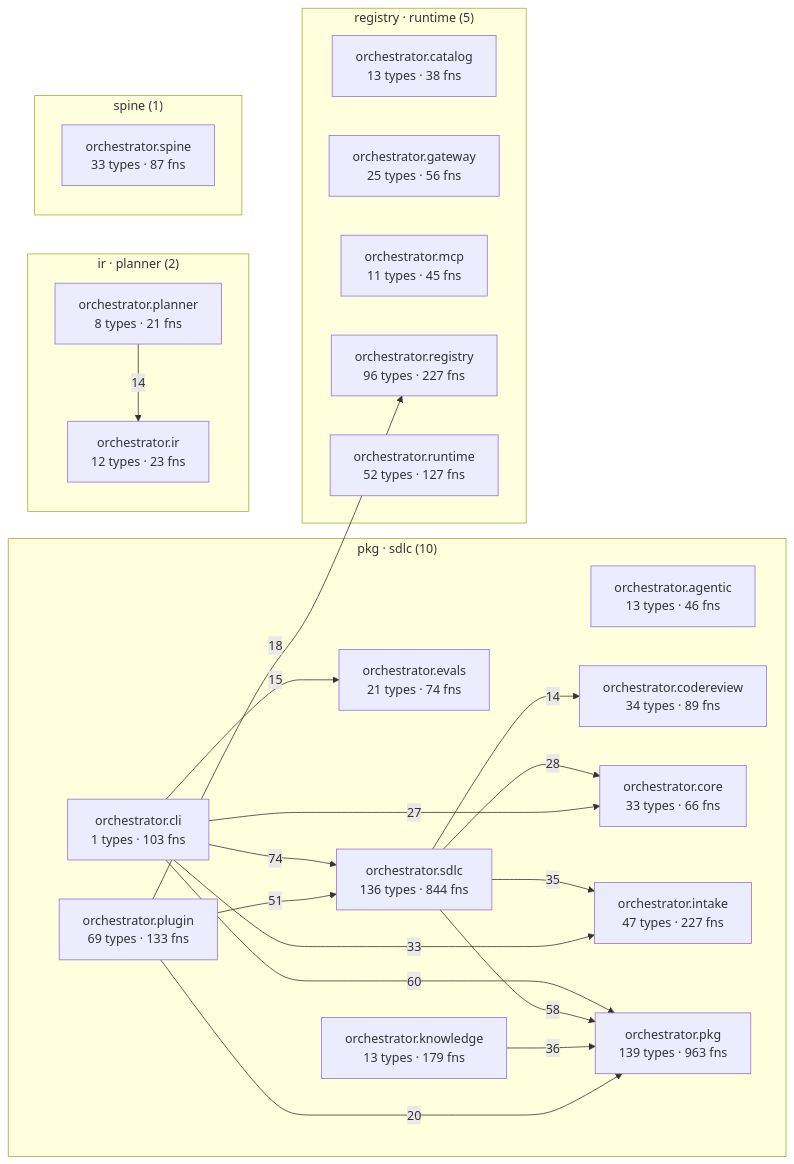
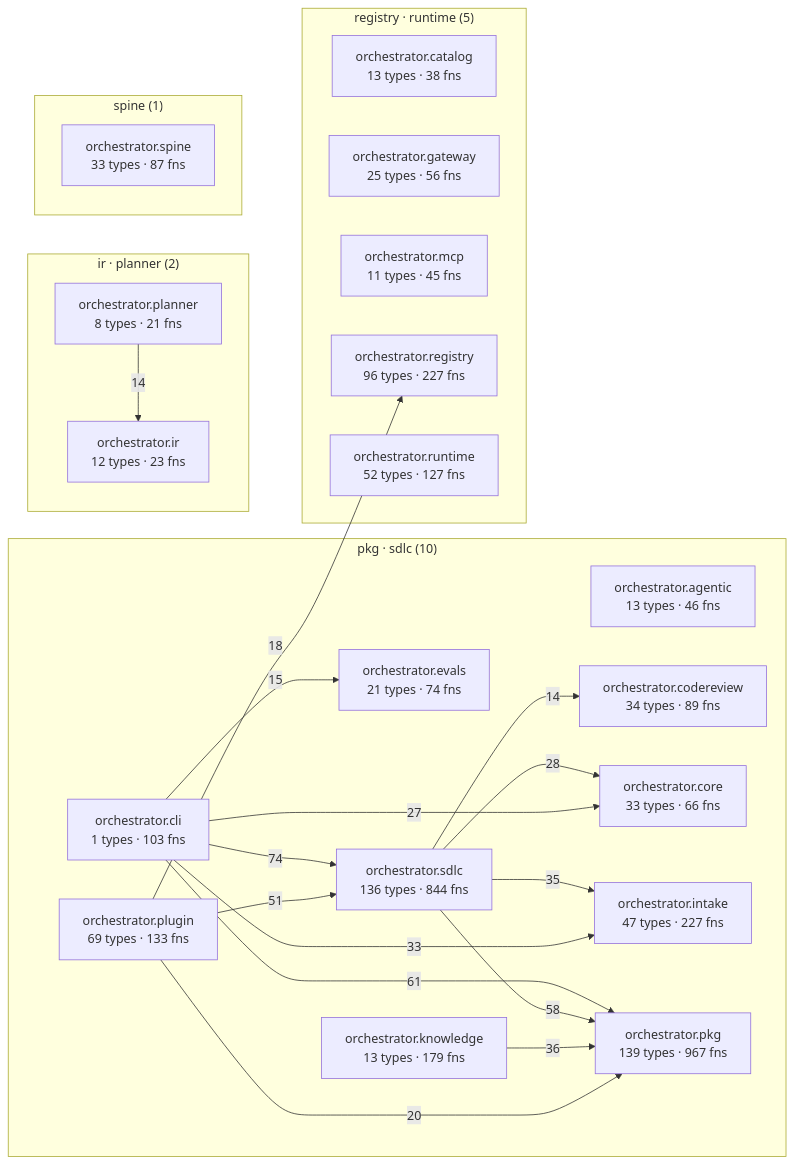
One commit to palakupadhyay23/spine changed the diagram in episteme/architecture.md. Above: the diagram before and after it, drawn with Mermaid. The commit also changed other lines of this file and 11 other files, not shown here.

````diff
--- a/episteme/architecture.md
+++ b/episteme/architecture.md
@@ -54,43 +54,43 @@
 ```mermaid
 flowchart LR
   subgraph c_2["pkg · sdlc (10)"]
     aorchestratoragentic["orchestrator.agentic<br/>13 types · 46 fns"]
     aorchestratorcli["orchestrator.cli<br/>1 types · 103 fns"]
     aorchestratorcodereview["orchestrator.codereview<br/>34 types · 89 fns"]
     aorchestratorcore["orchestrator.core<br/>33 types · 66 fns"]
     aorchestratorevals["orchestrator.evals<br/>21 types · 74 fns"]
     aorchestratorintake["orchestrator.intake<br/>47 types · 227 fns"]
     aorchestratorknowledge["orchestrator.knowledge<br/>13 types · 179 fns"]
-    aorchestratorpkg["orchestrator.pkg<br/>139 types · 963 fns"]
+    aorchestratorpkg["orchestrator.pkg<br/>139 types · 967 fns"]
     aorchestratorplugin["orchestrator.plugin<br/>69 types · 133 fns"]
     aorchestratorsdlc["orchestrator.sdlc<br/>136 types · 844 fns"]
   end
   subgraph c_4["registry · runtime (5)"]
     aorchestratorcatalog["orchestrator.catalog<br/>13 types · 38 fns"]
     aorchestratorgateway["orchestrator.gateway<br/>25 types · 56 fns"]
     aorchestratormcp["orchestrator.mcp<br/>11 types · 45 fns"]
     aorchestratorregistry["orchestrator.registry<br/>96 types · 227 fns"]
     aorchestratorruntime["orchestrator.runtime<br/>52 types · 127 fns"]
   end
   subgraph c_7["ir · planner (2)"]
     aorchestratorir["orchestrator.ir<br/>12 types · 23 fns"]
     aorchestratorplanner["orchestrator.planner<br/>8 types · 21 fns"]
   end
   subgraph c_12["spine (1)"]
     aorchestratorspine["orchestrator.spine<br/>33 types · 87 fns"]
   end
   aorchestratorcli -->|74| aorchestratorsdlc
-  aorchestratorcli -->|60| aorchestratorpkg
+  aorchestratorcli -->|61| aorchestratorpkg
   aorchestratorsdlc -->|58| aorchestratorpkg
   aorchestratorplugin -->|51| aorchestratorsdlc
   aorchestratorknowledge -->|36| aorchestratorpkg
   aorchestratorsdlc -->|35| aorchestratorintake
   aorchestratorcli -->|33| aorchestratorintake
   aorchestratorsdlc -->|28| aorchestratorcore
   aorchestratorcli -->|27| aorchestratorcore
   aorchestratorplugin -->|20| aorchestratorpkg
   aorchestratorplugin -->|18| aorchestratorregistry
   aorchestratorcli -->|15| aorchestratorevals
   aorchestratorplanner -->|14| aorchestratorir
   aorchestratorsdlc -->|14| aorchestratorcodereview
 ```
````
